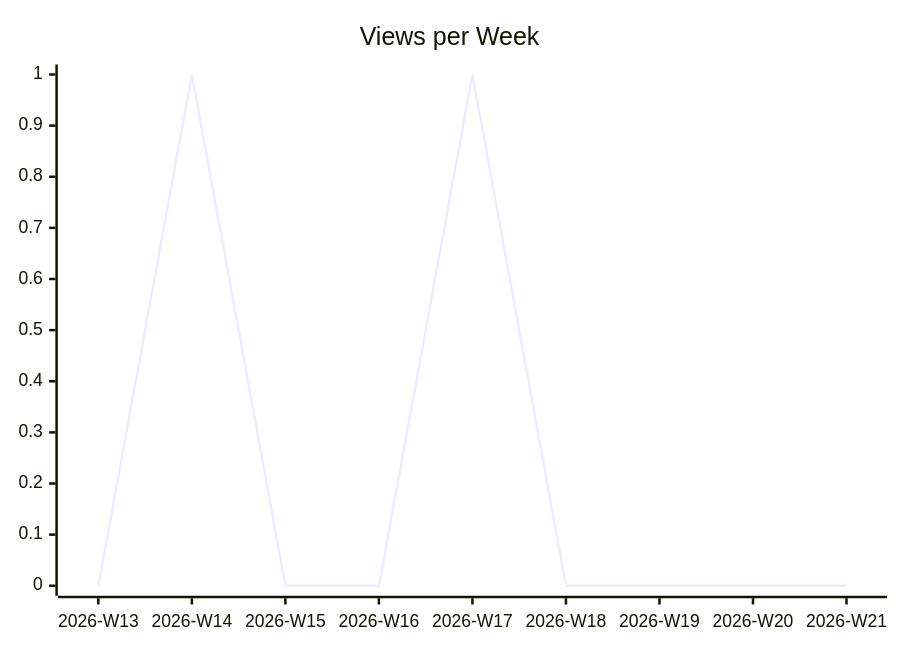
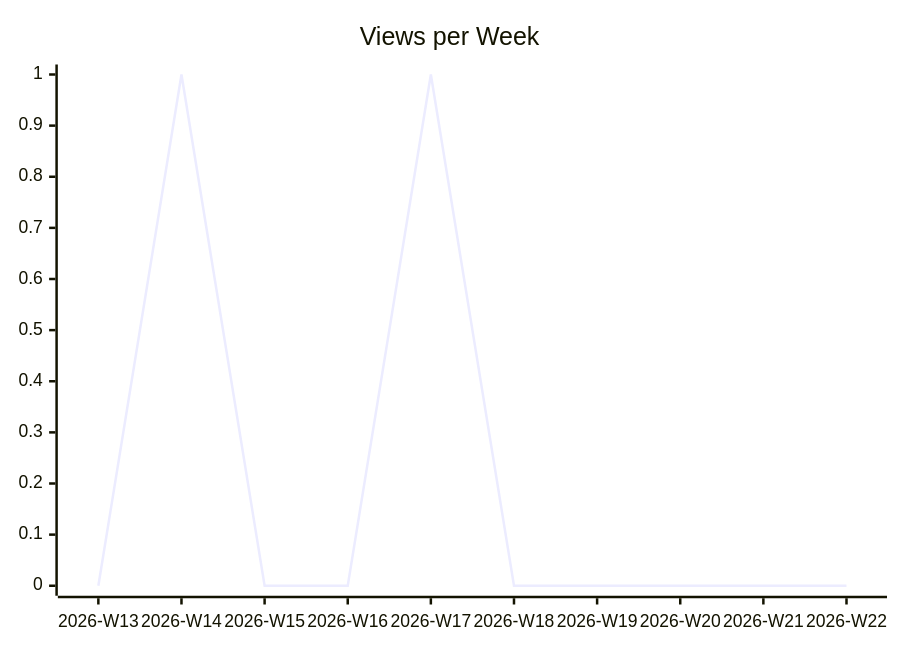
The second of 3 diagrams in karlmdavis/todoist-ai/README.md (justdavis-family/github-analytics-data), drawn with Mermaid before and after one commit. The commit also changed other lines of this file and 190 other files, not shown here.

````diff
--- a/karlmdavis/todoist-ai/README.md
+++ b/karlmdavis/todoist-ai/README.md
@@ -12,6 +12,6 @@
 ```mermaid
 xychart-beta
   title "Views per Week"
-  x-axis ["2026-W13", "2026-W14", "2026-W15", "2026-W16", "2026-W17", "2026-W18", "2026-W19", "2026-W20", "2026-W21"]
-  line [0, 1, 0, 0, 1, 0, 0, 0, 0]
+  x-axis ["2026-W13", "2026-W14", "2026-W15", "2026-W16", "2026-W17", "2026-W18", "2026-W19", "2026-W20", "2026-W21", "2026-W22"]
+  line [0, 1, 0, 0, 1, 0, 0, 0, 0, 0]
 ```
````
